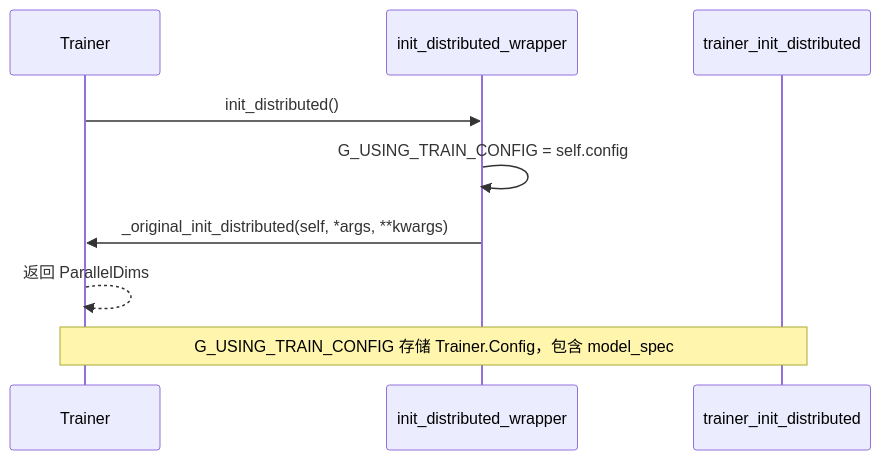
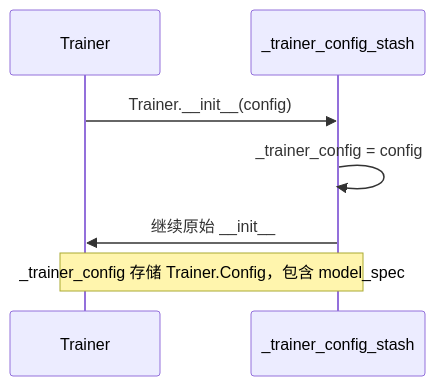
One commit to botcanlearn/torchtitan-npu-upstream changed the third of 6 diagrams in docs/feature_guides/model_custom.md. Above: the diagram before and after it, drawn with Mermaid. The commit also changed other lines of this file and 9 other files, not shown here.

````diff
--- a/docs/feature_guides/model_custom.md
+++ b/docs/feature_guides/model_custom.md
@@ -381,13 +378,11 @@
 ```mermaid
 sequenceDiagram
-    participant trainer as Trainer
-    participant wrapper as init_distributed_wrapper
-    participant patch as trainer_init_distributed
+ 	participant trainer as Trainer
+    participant stash as _trainer_config_stash
 
-    trainer->>wrapper: init_distributed()
-    wrapper->>wrapper: G_USING_TRAIN_CONFIG = self.config
-    wrapper->>trainer: _original_init_distributed(self, *args, **kwargs)
-    trainer-->>trainer: 返回 ParallelDims
+ 	trainer->>stash: Trainer.__init__(config)
+ 	stash->>stash: _trainer_config = config
+ 	stash->>trainer: 继续原始 __init__
 
-    Note over trainer,patch: G_USING_TRAIN_CONFIG 存储 Trainer.Config，包含 model_spec
+ 	 Note over trainer,stash: _trainer_config 存储 Trainer.Config，包含 model_spec
 ```
````
